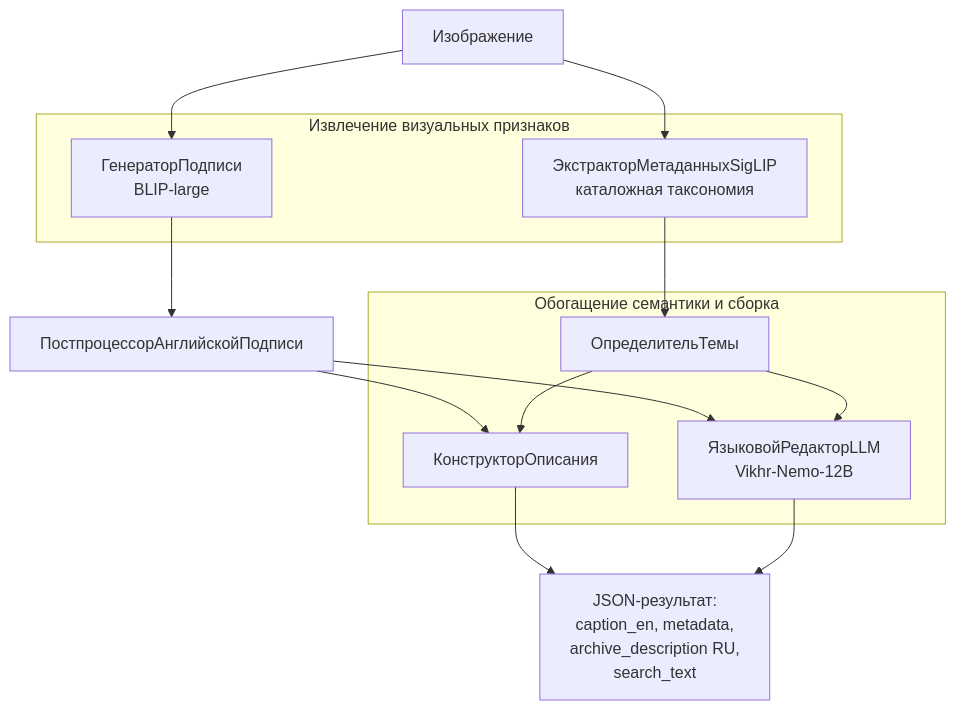
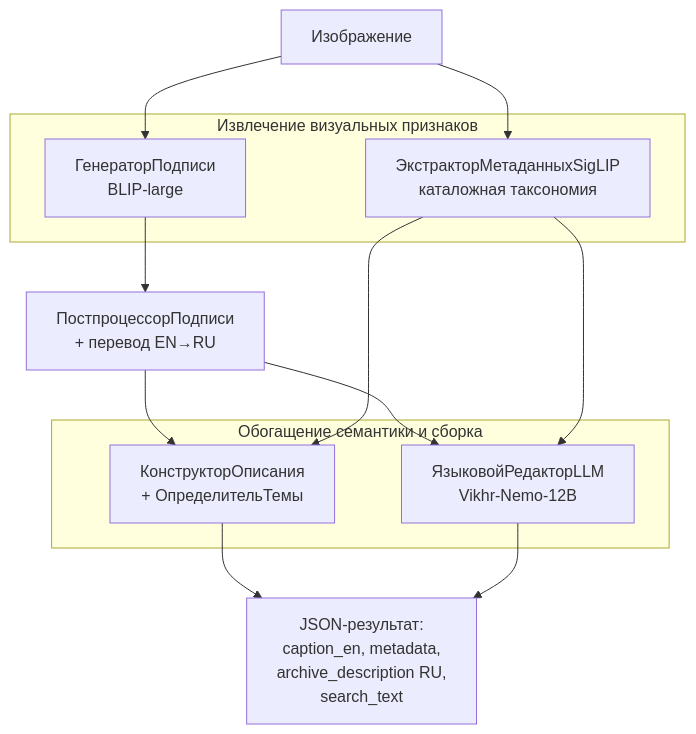
Before and after one commit to azat-khatyn/tsu-image-description: the diagram in README.md, drawn with Mermaid.

Commit message:
updated graph

````diff
--- a/README.md
+++ b/README.md
@@ -31,28 +31,27 @@
 ```mermaid
 flowchart TD
     IMG[Изображение]
 
     subgraph CV [Извлечение визуальных признаков]
         BLIP[ГенераторПодписи<br/>BLIP-large]
         SigLIP[ЭкстракторМетаданныхSigLIP<br/>каталожная таксономия]
     end
 
-    ENPP[ПостпроцессорАнглийскойПодписи]
+    POSTCAP[ПостпроцессорПодписи<br/>+ перевод EN→RU]
 
     subgraph SEM [Обогащение семантики и сборка]
-        THEME[ОпределительТемы]
-        BUILD[КонструкторОписания<br/>]
+        BUILD[КонструкторОписания<br/>+ ОпределительТемы]
         LLM[ЯзыковойРедакторLLM<br/>Vikhr-Nemo-12B]
     end
 
     OUT[JSON-результат:<br/>caption_en, metadata,<br/>archive_description RU,<br/>search_text]
 
-    IMG --> BLIP --> ENPP
-    IMG --> SigLIP --> THEME
-    ENPP --> BUILD
-    THEME --> BUILD
-    ENPP --> LLM
-    THEME --> LLM
+    IMG --> BLIP --> POSTCAP
+    IMG --> SigLIP
+    POSTCAP --> BUILD
+    POSTCAP --> LLM
+    SigLIP --> BUILD
+    SigLIP --> LLM
     BUILD --> OUT
     LLM --> OUT
 ```
````
